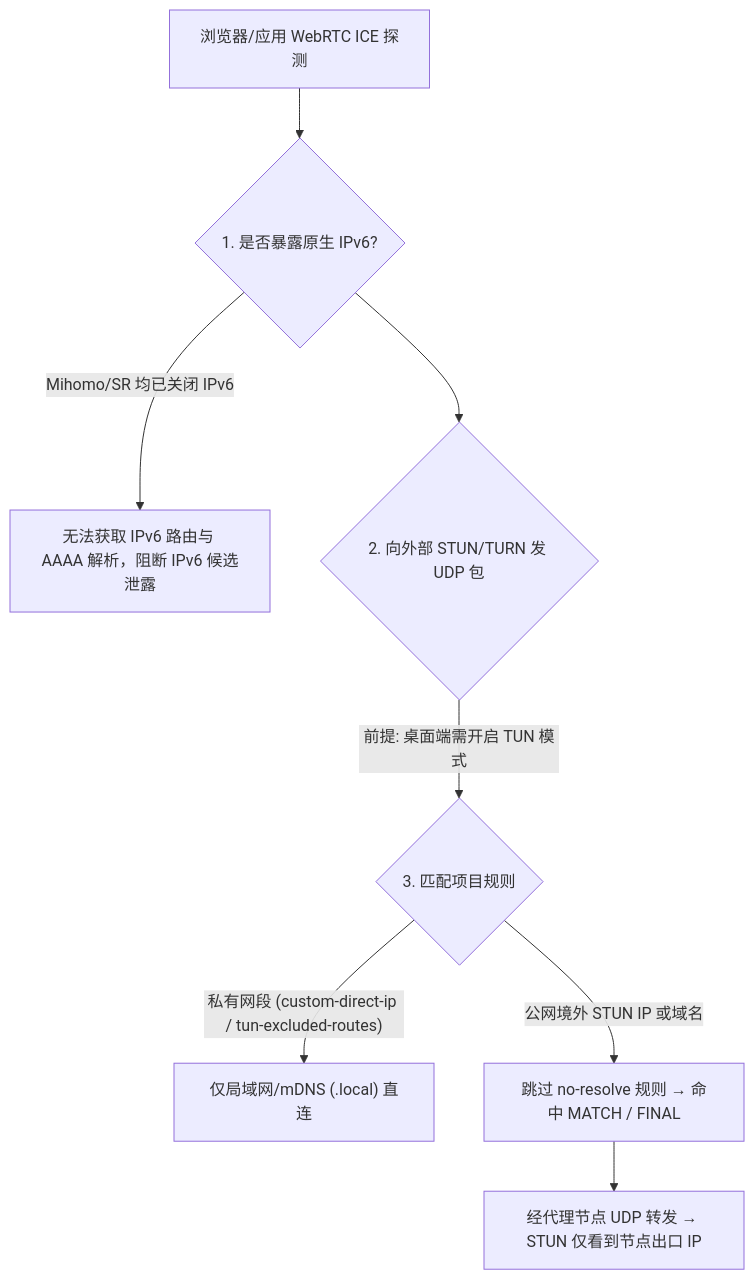
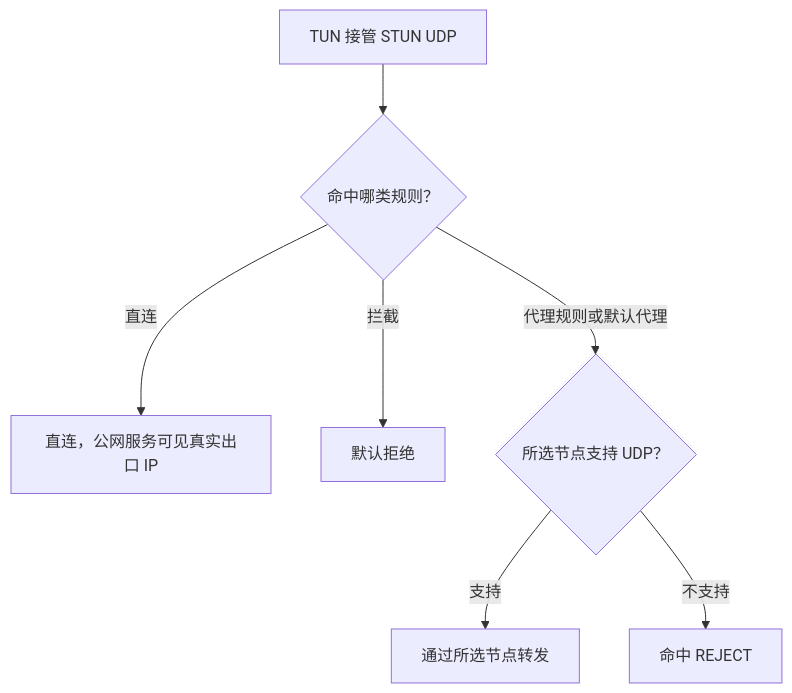
The third of 3 diagrams in PRINCIPLES.md (xiangp152/proxy-ruleset), drawn with Mermaid before and after one commit. The commit also changed other lines of this file and 7 other files, not shown here.

Commit message:
Reject unsupported Mihomo UDP and detect domain rule overlaps

````diff
--- a/PRINCIPLES.md
+++ b/PRINCIPLES.md
@@ -191,10 +195,9 @@
 ```mermaid
 flowchart TD
-    RTC["浏览器/应用 WebRTC ICE 探测"] --> Check6{"1. 是否暴露原生 IPv6?"}
-    Check6 -- "Mihomo/SR 均已关闭 IPv6" --> Blocked6["无法获取 IPv6 路由与 AAAA 解析，阻断 IPv6 候选泄露"]
-    Check6 --> CheckUDP{"2. 向外部 STUN/TURN 发 UDP 包"}
-    CheckUDP -- "前提: 桌面端需开启 TUN 模式" --> Route{"3. 匹配项目规则"}
-    Route -- "私有网段 (custom-direct-ip / tun-excluded-routes)" --> LAN["仅局域网/mDNS (.local) 直连"]
-    Route -- "公网境外 STUN IP 或域名" --> Match["跳过 no-resolve 规则 → 命中 MATCH / FINAL"]
-    Match --> ProxyUDP["经代理节点 UDP 转发 → STUN 仅看到节点出口 IP"]
+    RTC["TUN 接管 STUN UDP"] --> Route{"命中哪类规则？"}
+    Route -- "直连" --> Direct["直连，公网服务可见真实出口 IP"]
+    Route -- "拦截" --> Reject["默认拒绝"]
+    Route -- "代理规则或默认代理" --> Node{"所选节点支持 UDP？"}
+    Node -- "支持" --> ProxyUDP["通过所选节点转发"]
+    Node -- "不支持" --> RejectUDP["命中 REJECT"]
 ```
````
